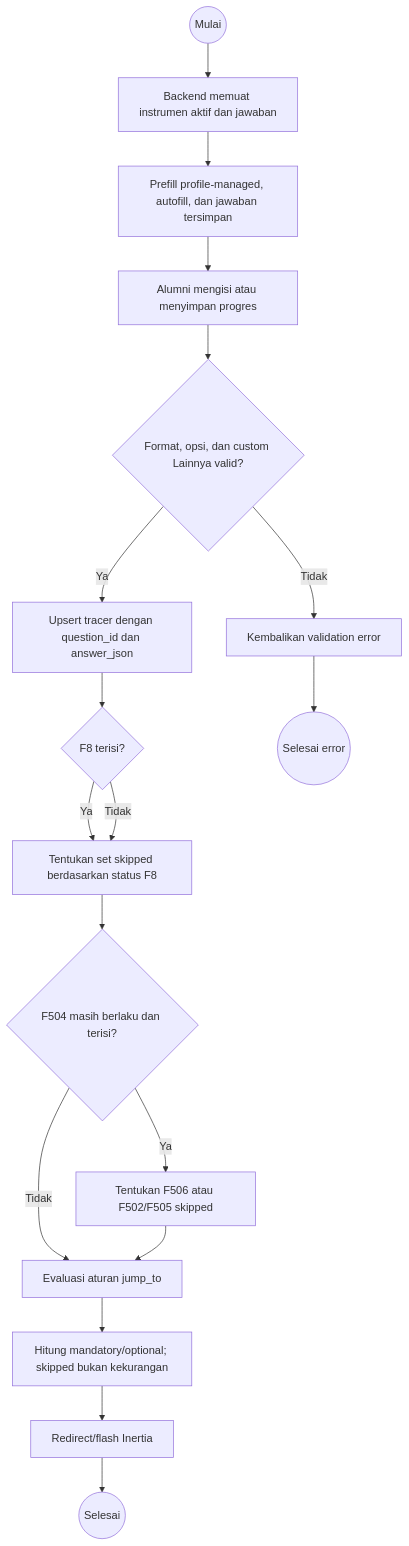
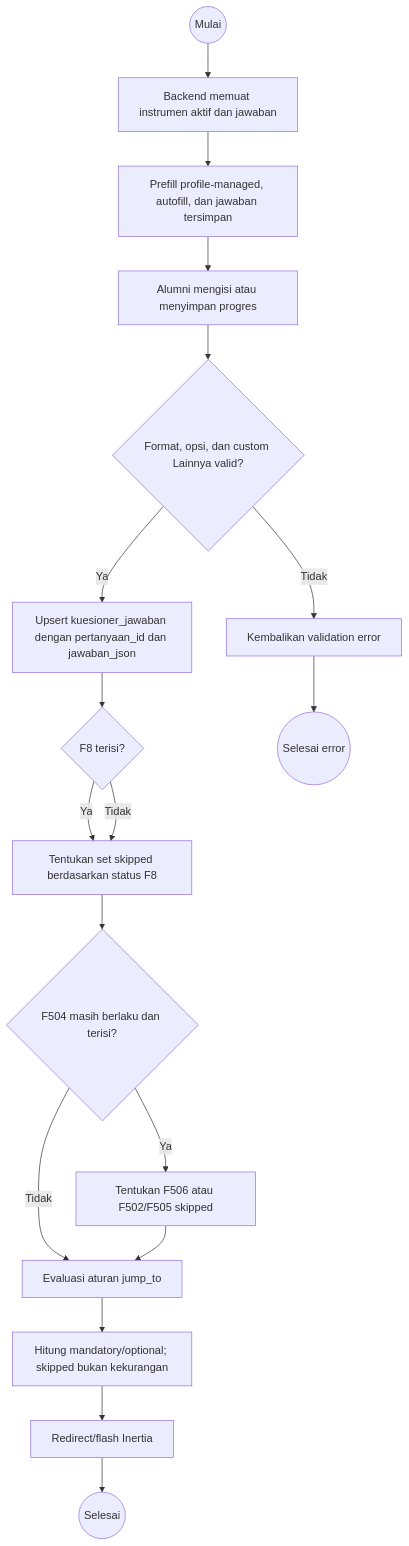
One commit to claraanjelitakd/tugas-akhir changed the third of 7 diagrams in docs/activitydiagram.md. Above: the diagram before and after it, drawn with Mermaid. The commit also changed other lines of this file and 63 other files, not shown here.

```diff
--- a/docs/activitydiagram.md
+++ b/docs/activitydiagram.md
@@ -256,20 +256,20 @@
 ~~~mermaid
 flowchart TD
   A((Mulai)) --> L[Backend memuat instrumen aktif dan jawaban]
   L --> P[Prefill profile-managed, autofill, dan jawaban tersimpan]
   P --> U[Alumni mengisi atau menyimpan progres]
   U --> V{Format, opsi, dan custom Lainnya valid?}
   V -- Tidak --> E[Kembalikan validation error]
-  V -- Ya --> S[Upsert tracer dengan question_id dan answer_json]
+  V -- Ya --> S[Upsert kuesioner_jawaban dengan pertanyaan_id dan jawaban_json]
   S --> F8{F8 terisi?}
   F8 -- Ya --> B8[Tentukan set skipped berdasarkan status F8]
   F8 -- Tidak --> B8
   B8 --> F504{F504 masih berlaku dan terisi?}
   F504 -- Ya --> B504[Tentukan F506 atau F502/F505 skipped]
   F504 -- Tidak --> J[Evaluasi aturan jump_to]
   B504 --> J
   J --> C[Hitung mandatory/optional; skipped bukan kekurangan]
   C --> R[Redirect/flash Inertia]
   E --> X((Selesai error))
   R --> Y((Selesai))
 ~~~
```
